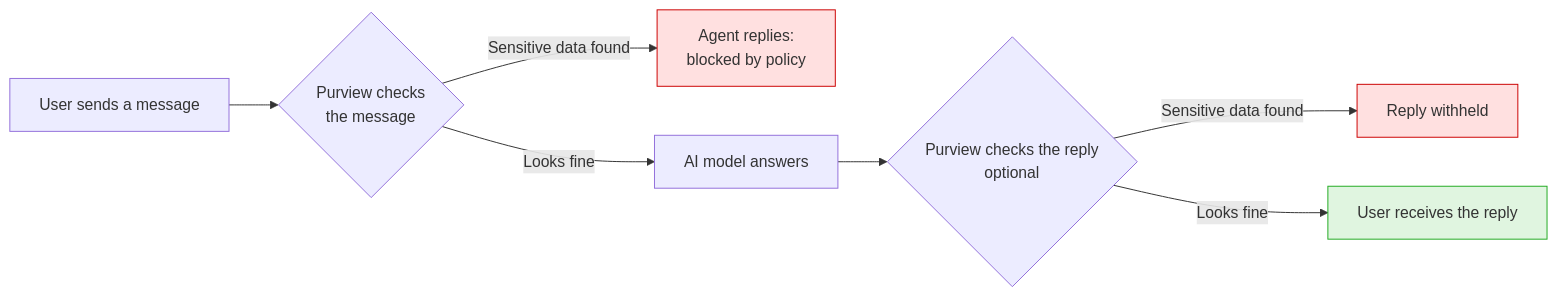
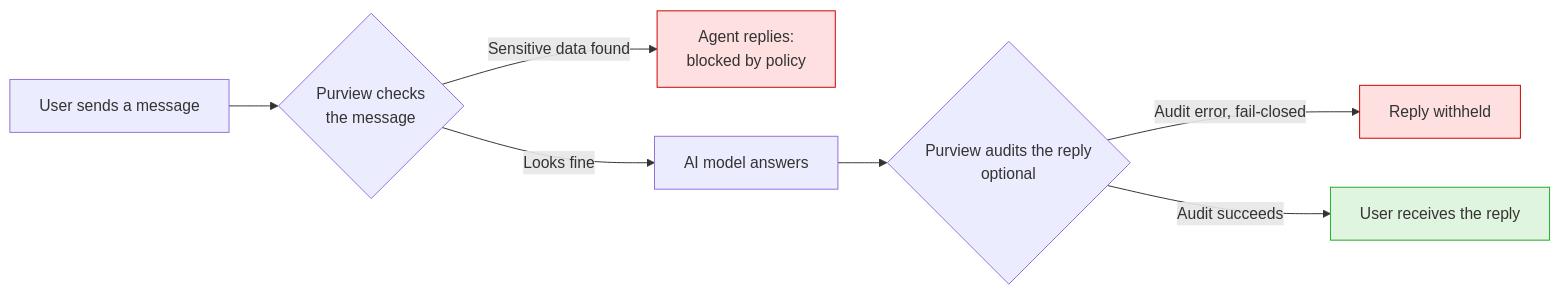
Before and after one commit to microsoft/agent365-skills: the first of 4 diagrams in plugins/agent365/skills/purview-dlp-integration/README.md, drawn with Mermaid. The commit also changed other lines of this file and 9 other files, not shown here.

````diff
--- a/plugins/agent365/skills/purview-dlp-integration/README.md
+++ b/plugins/agent365/skills/purview-dlp-integration/README.md
@@ -38,12 +39,12 @@
 ```mermaid
 flowchart LR
     U[User sends a message] --> IN{Purview checks<br/>the message}
     IN -- Sensitive data found --> BLK[Agent replies:<br/>blocked by policy]
     IN -- Looks fine --> LLM[AI model answers]
-    LLM --> OUT{Purview checks the reply<br/>optional}
-    OUT -- Sensitive data found --> WH[Reply withheld]
-    OUT -- Looks fine --> SEND[User receives the reply]
+    LLM --> OUT{Purview audits the reply<br/>optional}
+    OUT -- Audit error, fail-closed --> WH[Reply withheld]
+    OUT -- Audit succeeds --> SEND[User receives the reply]
     style BLK fill:#ffe0e0,stroke:#cc0000
     style WH fill:#ffe0e0,stroke:#cc0000
     style SEND fill:#e0f5e0,stroke:#22aa22
 ```
````
